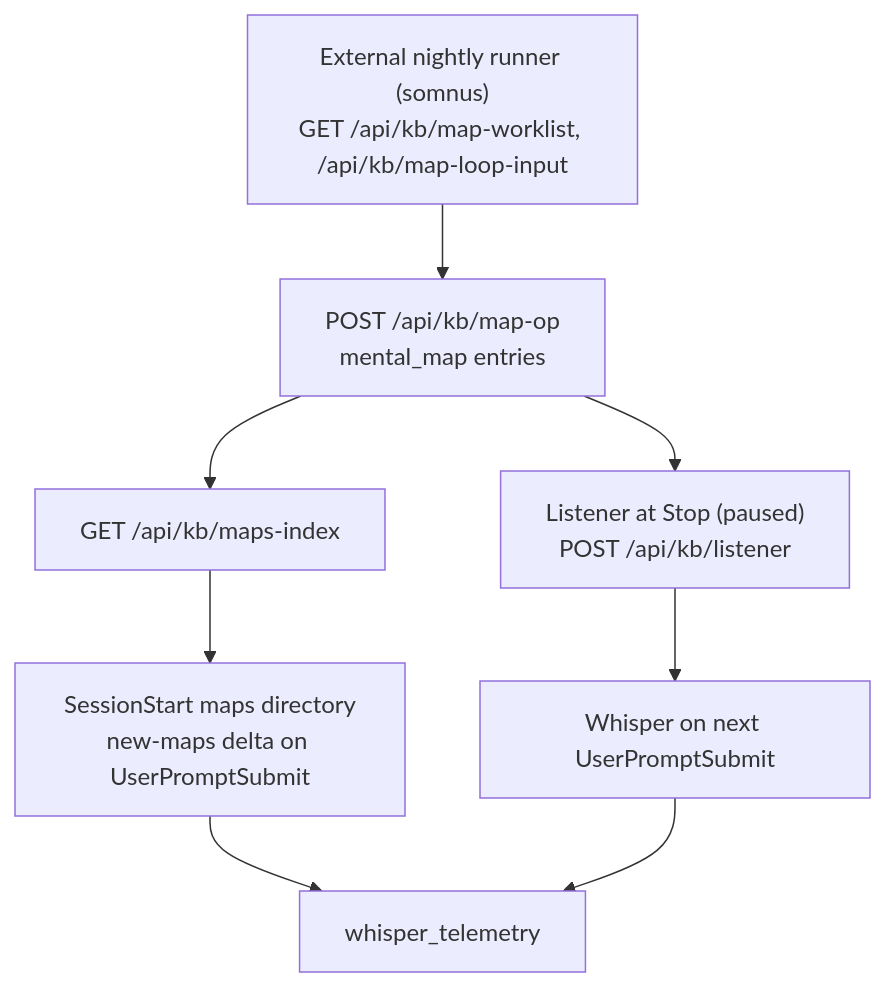
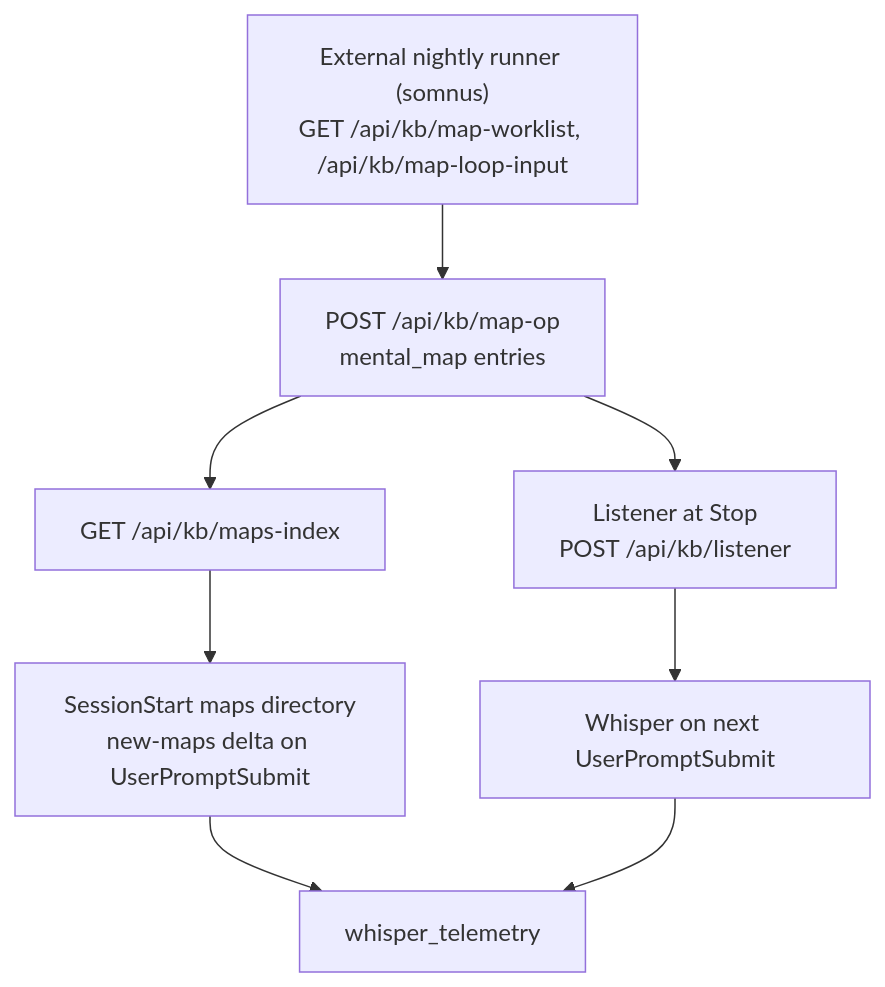
One commit to jason-weddington/personal-kb-mcp changed the second of 2 diagrams in docs/intelligent-kb.md. Above: the diagram before and after it, drawn with Mermaid. The commit also changed other lines of this file and 1 other file, not shown here.

First line of the commit message:
docs: the listener has been back on since 2026-10-13 (PR-001-c), not paused

````diff
--- a/docs/intelligent-kb.md
+++ b/docs/intelligent-kb.md
@@ -76,10 +76,10 @@
 ```mermaid
 flowchart TD
   R["External nightly runner (somnus)<br/>GET /api/kb/map-worklist, /api/kb/map-loop-input"] --> O["POST /api/kb/map-op<br/>mental_map entries"]
   O --> MI["GET /api/kb/maps-index"]
   MI --> DIR["SessionStart maps directory<br/>new-maps delta on UserPromptSubmit"]
-  O --> LS["Listener at Stop (paused)<br/>POST /api/kb/listener"]
+  O --> LS["Listener at Stop<br/>POST /api/kb/listener"]
   LS --> W["Whisper on next UserPromptSubmit"]
   DIR --> WT["whisper_telemetry"]
   W --> WT
 ```
````
